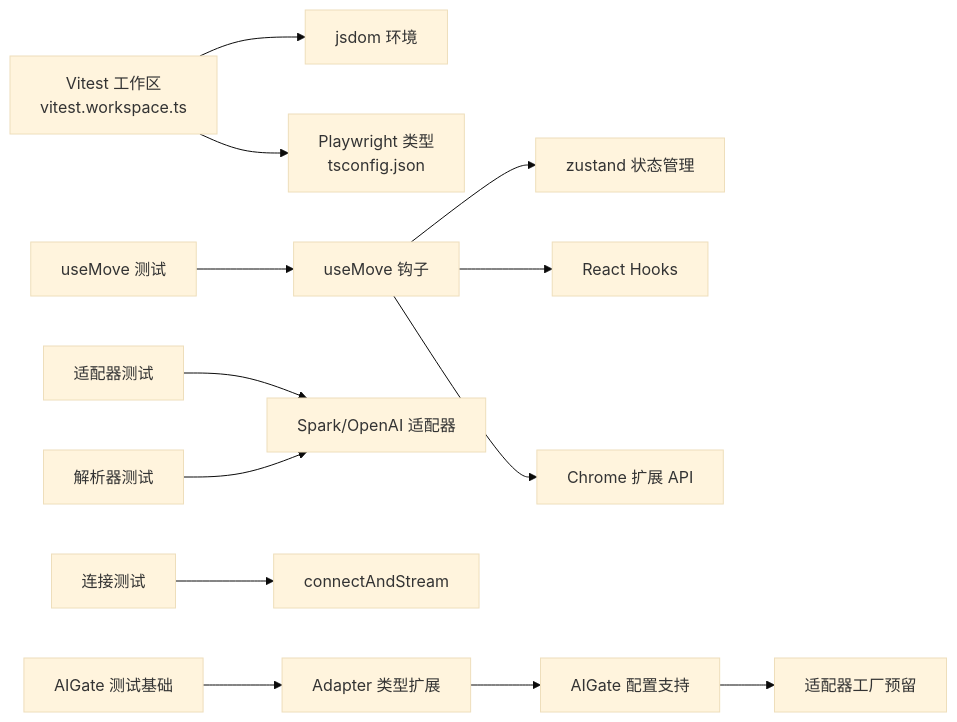
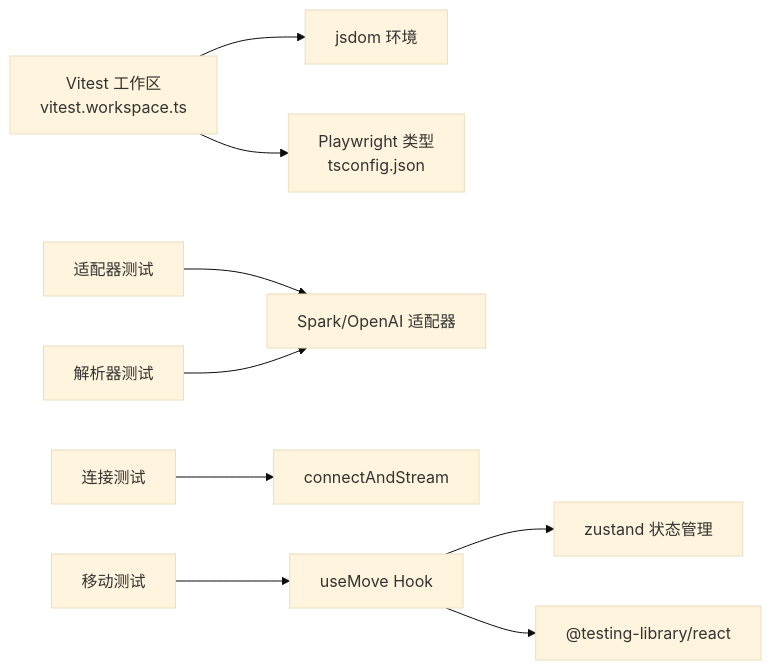
One commit to RadiumAg/bilibili-favorites changed the seventh of 7 diagrams in .qoder/repowiki/zh/content/开发指南/测试策略与实践.md. Above: the diagram before and after it, drawn with Mermaid (base theme). The commit also changed other lines of this file and 21 other files, not shown here.

````diff
--- a/.qoder/repowiki/zh/content/开发指南/测试策略与实践.md
+++ b/.qoder/repowiki/zh/content/开发指南/测试策略与实践.md
@@ -303,15 +264,11 @@
 ```mermaid
 graph LR
 V["Vitest 工作区<br/>vitest.workspace.ts"] --> J["jsdom 环境"]
 V --> P["Playwright 类型<br/>tsconfig.json"]
-T1["useMove 测试"] --> M["useMove 钩子"]
-T2["适配器测试"] --> A["Spark/OpenAI 适配器"]
-T3["解析器测试"] --> A
-T4["连接测试"] --> S["connectAndStream"]
+T1["适配器测试"] --> A["Spark/OpenAI 适配器"]
+T2["解析器测试"] --> A
+T3["连接测试"] --> S["connectAndStream"]
+T4["移动测试"] --> M["useMove Hook"]
 M --> Z["zustand 状态管理"]
-M --> R["React Hooks"]
-M --> C["Chrome 扩展 API"]
-AIGate["AIGate 测试基础"] --> AT["Adapter 类型扩展"]
-AT --> AC["AIGate 配置支持"]
-AC --> AF["适配器工厂预留"]
+M --> TL["@testing-library/react"]
 ```
````
